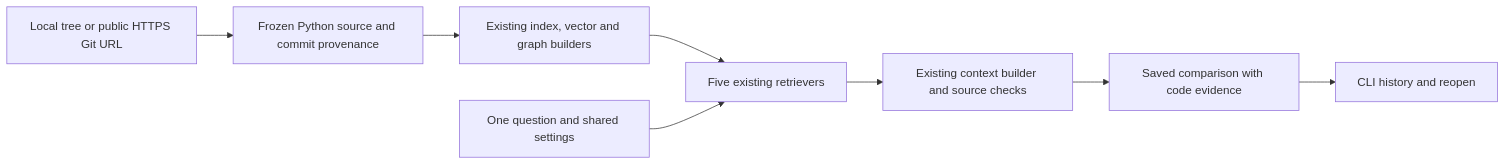
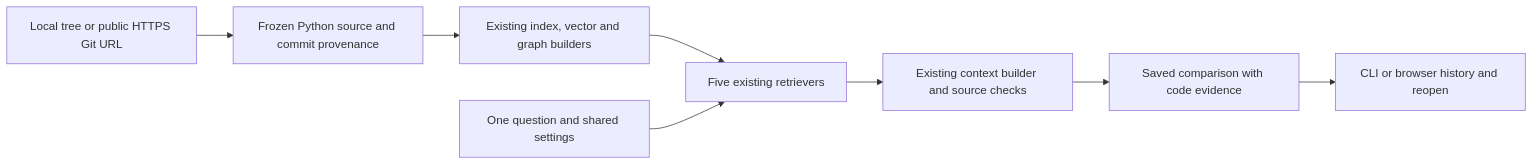
The second of 2 diagrams in docs/architecture.md (Shenggyyy/structure-aware-code-retrieval), drawn with Mermaid before and after one commit. The commit also changed other lines of this file and 21 other files, not shown here.

````diff
--- a/docs/architecture.md
+++ b/docs/architecture.md
@@ -134,10 +136,10 @@
 ```mermaid
 flowchart LR
     S[Local tree or public HTTPS Git URL] --> F[Frozen Python source and commit provenance]
     F --> P[Existing index, vector and graph builders]
     P --> R[Five existing retrievers]
     Q[One question and shared settings] --> R
     R --> C[Existing context builder and source checks]
     C --> H[Saved comparison with code evidence]
-    H --> V[CLI history and reopen]
+    H --> V[CLI or browser history and reopen]
 ```
````
